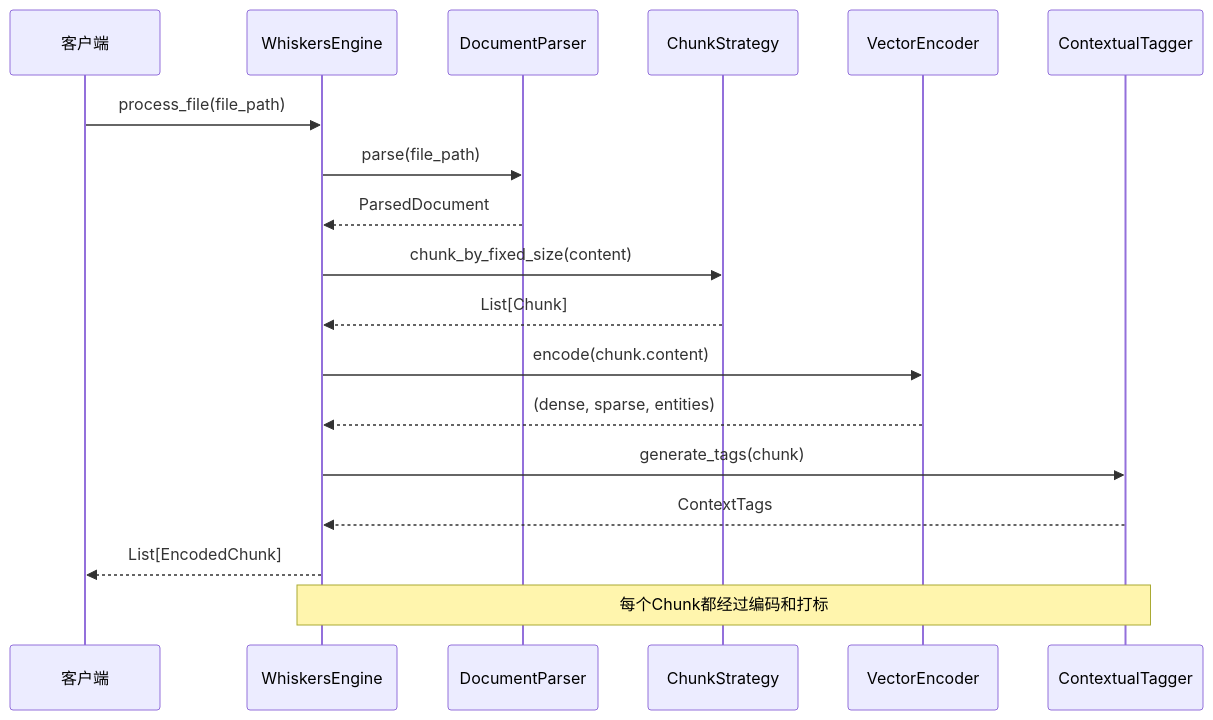
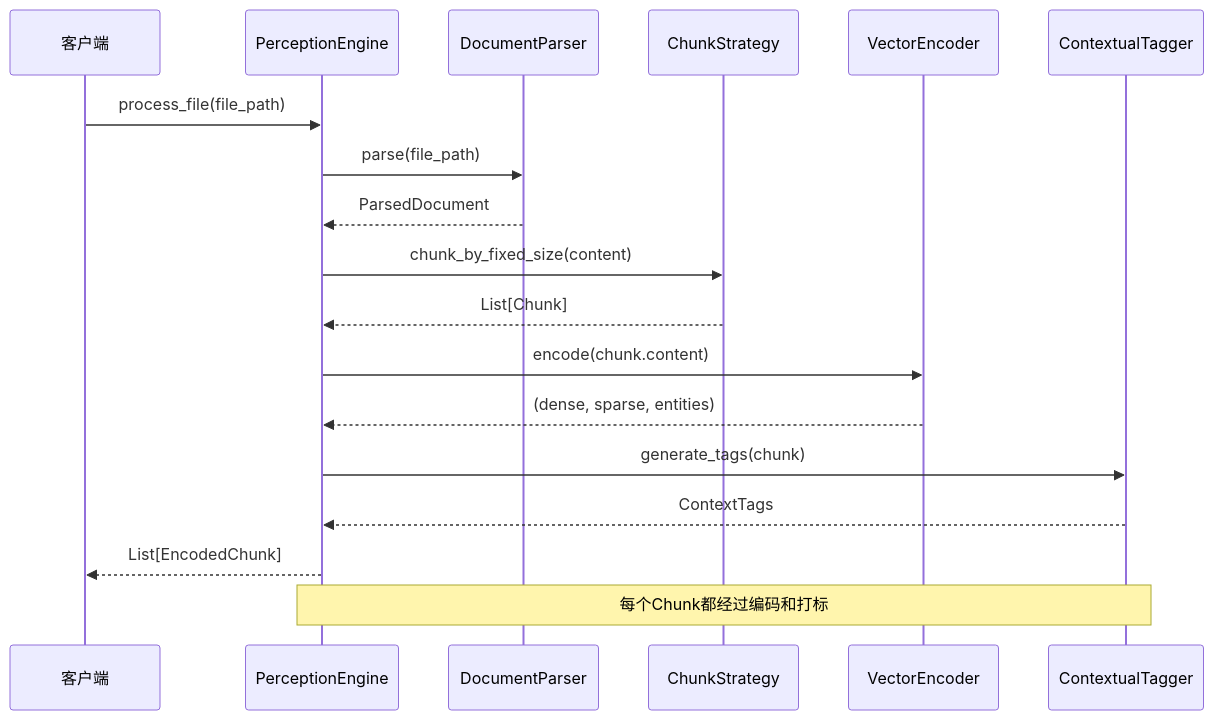
One commit to JieGaoPrinceton/NecoRAG changed the second of 6 diagrams in .qoder/repowiki/zh/content/核心模块详解/Whiskers Engine - 感知层/Whiskers Engine - 感知层.md. Above: the diagram before and after it, drawn with Mermaid. The commit also changed other lines of this file and 23 other files, not shown here.

````diff
--- a/.qoder/repowiki/zh/content/核心模块详解/Whiskers Engine - 感知层/Whiskers Engine - 感知层.md
+++ b/.qoder/repowiki/zh/content/核心模块详解/Whiskers Engine - 感知层/Whiskers Engine - 感知层.md
@@ -101,20 +112,20 @@
 ```mermaid
 sequenceDiagram
 participant Client as 客户端
-participant Engine as WhiskersEngine
+participant Engine as PerceptionEngine
 participant Parser as DocumentParser
 participant Chunker as ChunkStrategy
 participant Encoder as VectorEncoder
 participant Tagger as ContextualTagger
 Client->>Engine : process_file(file_path)
 Engine->>Parser : parse(file_path)
 Parser-->>Engine : ParsedDocument
 Engine->>Chunker : chunk_by_fixed_size(content)
 Chunker-->>Engine : List[Chunk]
 Engine->>Encoder : encode(chunk.content)
 Encoder-->>Engine : (dense, sparse, entities)
 Engine->>Tagger : generate_tags(chunk)
 Tagger-->>Engine : ContextTags
 Engine-->>Client : List[EncodedChunk]
 Note over Engine,Tagger : 每个Chunk都经过编码和打标
 ```
````
